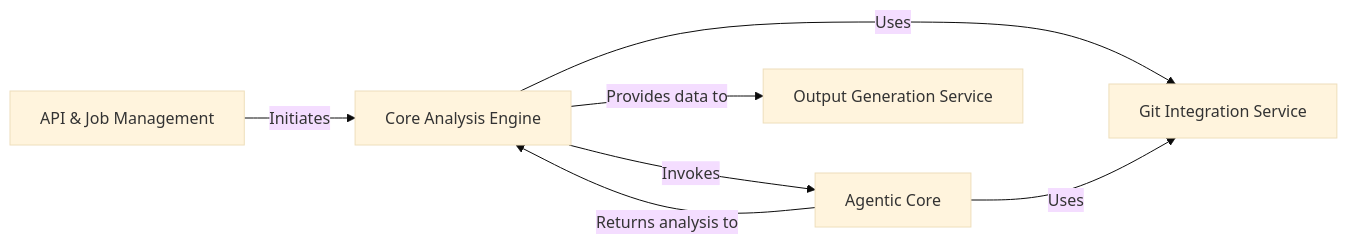
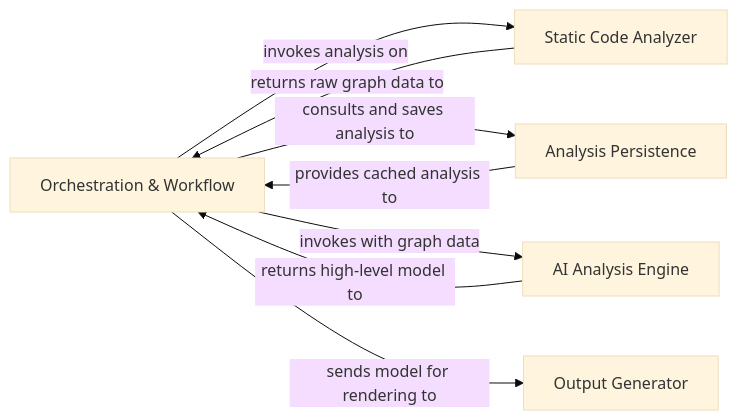
The diagram in CodeBoarding/on_boarding.md (CodeBoarding/GeneratedOnBoardings), drawn with Mermaid (base theme) before and after one commit. The commit also changed other lines of this file and 7 other files, not shown here.

Commit message:
Uploading onboarding materials for CodeBoarding

````diff
--- a/CodeBoarding/on_boarding.md
+++ b/CodeBoarding/on_boarding.md
@@ -1,18 +1,18 @@
 ```mermaid
 graph LR
-    API_Job_Management["API & Job Management"]
-    Core_Analysis_Engine["Core Analysis Engine"]
-    Git_Integration_Service["Git Integration Service"]
-    Agentic_Core["Agentic Core"]
-    Output_Generation_Service["Output Generation Service"]
-    API_Job_Management -- "Initiates" --> Core_Analysis_Engine
-    Core_Analysis_Engine -- "Uses" --> Git_Integration_Service
-    Core_Analysis_Engine -- "Invokes" --> Agentic_Core
-    Core_Analysis_Engine -- "Provides data to" --> Output_Generation_Service
-    Agentic_Core -- "Returns analysis to" --> Core_Analysis_Engine
-    Agentic_Core -- "Uses" --> Git_Integration_Service
-    click API_Job_Management href "https://github.com/CodeBoarding/GeneratedOnBoardings/blob/main/CodeBoarding/API_Job_Management.md" "Details"
-    click Core_Analysis_Engine href "https://github.com/CodeBoarding/GeneratedOnBoardings/blob/main/CodeBoarding/Core_Analysis_Engine.md" "Details"
-    click Agentic_Core href "https://github.com/CodeBoarding/GeneratedOnBoardings/blob/main/CodeBoarding/Agentic_Core.md" "Details"
-    click Output_Generation_Service href "https://github.com/CodeBoarding/GeneratedOnBoardings/blob/main/CodeBoarding/Output_Generation_Service.md" "Details"
+    Orchestration_Workflow["Orchestration & Workflow"]
+    Static_Code_Analyzer["Static Code Analyzer"]
+    AI_Analysis_Engine["AI Analysis Engine"]
+    Analysis_Persistence["Analysis Persistence"]
+    Output_Generator["Output Generator"]
+    Orchestration_Workflow -- "invokes analysis on" --> Static_Code_Analyzer
+    Static_Code_Analyzer -- "returns raw graph data to" --> Orchestration_Workflow
+    Orchestration_Workflow -- "consults and saves analysis to" --> Analysis_Persistence
+    Analysis_Persistence -- "provides cached analysis to" --> Orchestration_Workflow
+    Orchestration_Workflow -- "invokes with graph data" --> AI_Analysis_Engine
+    AI_Analysis_Engine -- "returns high-level model to" --> Orchestration_Workflow
+    Orchestration_Workflow -- "sends model for rendering to" --> Output_Generator
+    click Orchestration_Workflow href "https://github.com/CodeBoarding/GeneratedOnBoardings/blob/main/CodeBoarding/Orchestration_Workflow.md" "Details"
+    click Static_Code_Analyzer href "https://github.com/CodeBoarding/GeneratedOnBoardings/blob/main/CodeBoarding/Static_Code_Analyzer.md" "Details"
+    click AI_Analysis_Engine href "https://github.com/CodeBoarding/GeneratedOnBoardings/blob/main/CodeBoarding/AI_Analysis_Engine.md" "Details"
 ```
````
